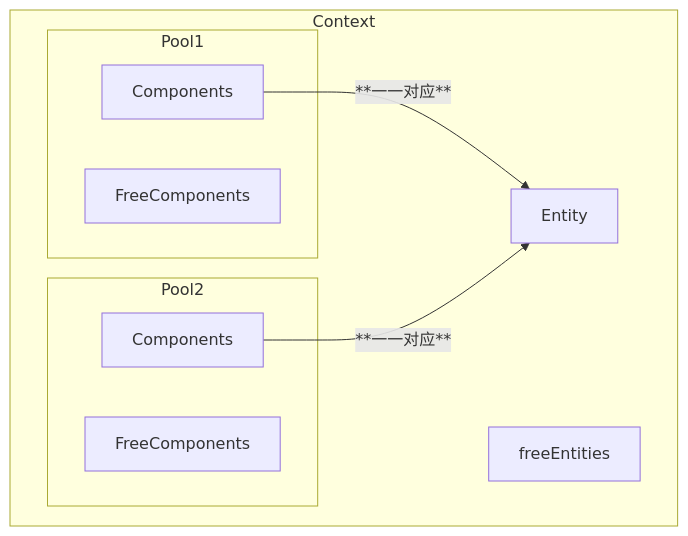
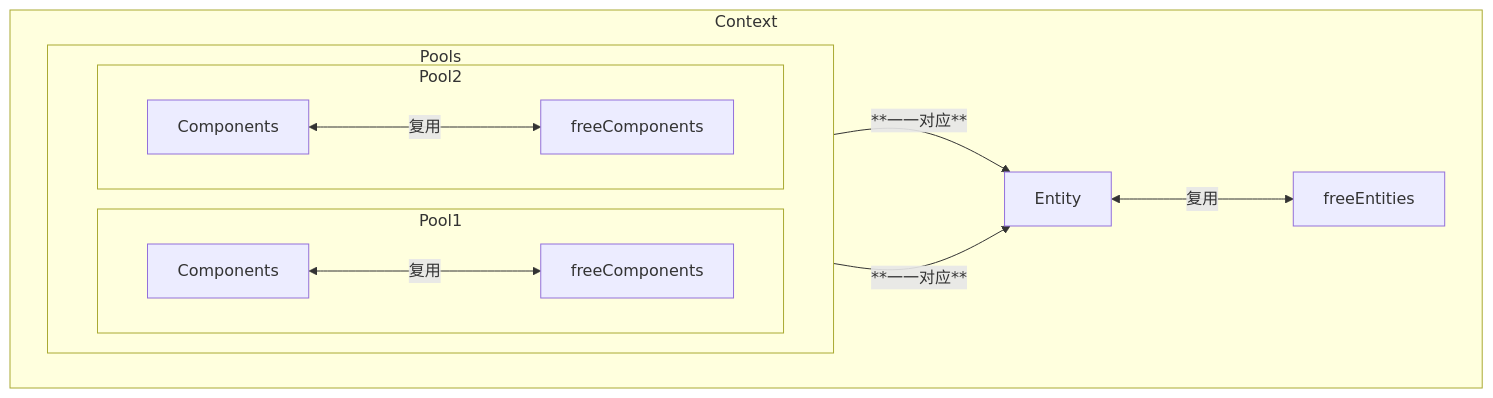
One commit to xiao-dreamr/xiao-dreamr.github.io changed the diagram in pages/posts/ECS-PR1初识.md. Above: the diagram before and after it, drawn with Mermaid. The commit also changed other lines of this file and 3 other files, not shown here.

````diff
--- a/pages/posts/ECS-PR1初识.md
+++ b/pages/posts/ECS-PR1初识.md
@@ -215,17 +216,23 @@
 ```mermaid
 graph TB
     subgraph Context
-        subgraph Pool1
-            C1[Components]
-            Cf1[FreeComponents]
+    E[Entity]
+        EF[freeEntities]
+        E <--->|复用| EF
+        subgraph Pools
+        direction LR
+            subgraph Pool1
+                C1[Components]
+                Cf1[freeComponents]
+                C1 <--->|复用| Cf1
+            end
+            subgraph Pool2
+                C2[Components]
+                Cf2[freeComponents]
+                C2 <--->|复用| Cf2
+            end
         end
-        subgraph Pool2
-            C2[Components]
-            Cf2[FreeComponents]
-        end
-        E[Entity]
-        EF[freeEntities]
     end
     C1 -->|"**一一对应**"| E
     C2 -->|"**一一对应**"| E
 ```
````
